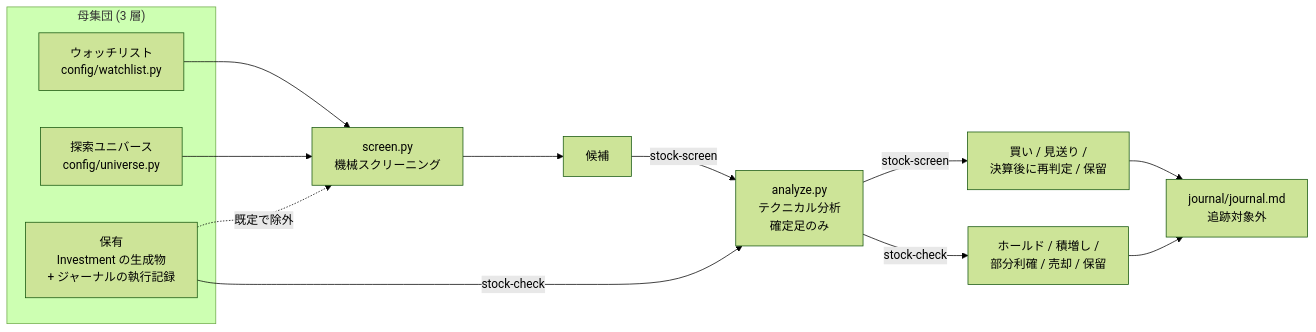
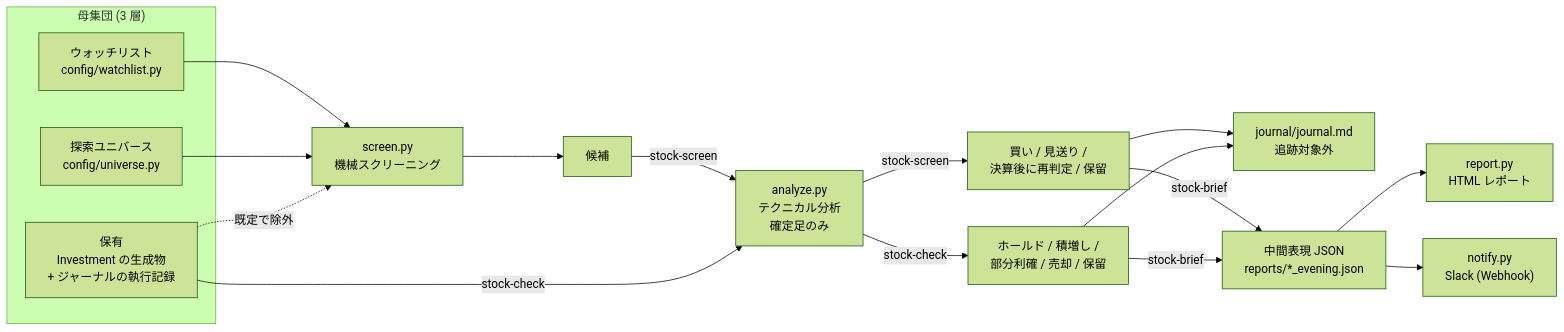
One commit to Ries630/StockCopilot changed the diagram in README.md. Above: the diagram before and after it, drawn with Mermaid (forest theme). The commit also changed other lines of this file and 3 other files, not shown here.

````diff
--- a/README.md
+++ b/README.md
@@ -16,21 +16,25 @@
 ```mermaid
 flowchart LR
     subgraph POP["母集団 (3 層)"]
         W["ウォッチリスト<br/>config/watchlist.py"]
         U["探索ユニバース<br/>config/universe.py"]
         HD["保有<br/>Investment の生成物<br/>+ ジャーナルの執行記録"]
     end
 
     W --> SC
     U --> SC
     HD -. 既定で除外 .-> SC
 
     SC["screen.py<br/>機械スクリーニング"] --> CAND["候補"]
     CAND -- stock-screen --> AN["analyze.py<br/>テクニカル分析<br/>確定足のみ"]
     HD -- stock-check --> AN
 
     AN -- stock-screen --> VS["買い / 見送り /<br/>決算後に再判定 / 保留"]
     AN -- stock-check --> VC["ホールド / 積増し /<br/>部分利確 / 売却 / 保留"]
     VS --> J["journal/journal.md<br/>追跡対象外"]
     VC --> J
+    VS -- stock-brief --> IR["中間表現 JSON<br/>reports/*_evening.json"]
+    VC -- stock-brief --> IR
+    IR --> RP["report.py<br/>HTML レポート"]
+    IR --> NT["notify.py<br/>Slack (Webhook)"]
 ```
````
